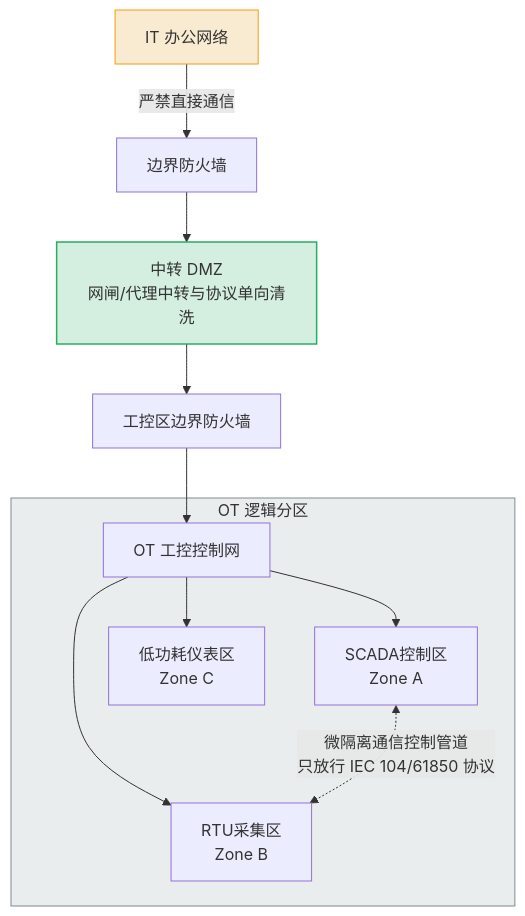
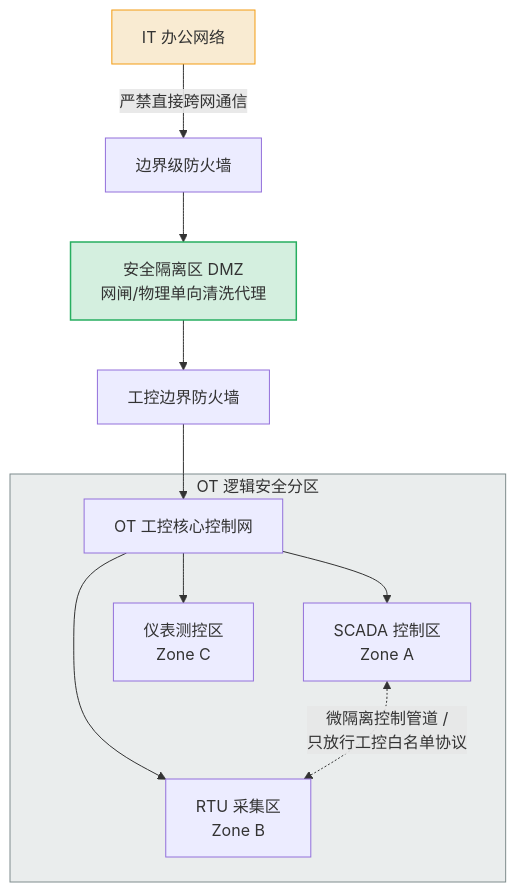
The second of 3 diagrams in 05_正式资料原文/02_AI提取与汇编/02_DarkSide勒索软件_防止业务中断最佳实践_深度精读.md (Bo331/power-data-breach-literature), drawn with Mermaid before and after one commit. The commit also changed other lines of this file and 1 other file, not shown here.

Commit message:
style: optimize layout to balance diagram sizes and prevent shrinking/stretching

````diff
--- a/05_正式资料原文/02_AI提取与汇编/02_DarkSide勒索软件_防止业务中断最佳实践_深度精读.md
+++ b/05_正式资料原文/02_AI提取与汇编/02_DarkSide勒索软件_防止业务中断最佳实践_深度精读.md
@@ -51,19 +52,19 @@
 ```mermaid
-graph TD
-    IT[IT 办公网络] -->|严禁直接通信| FW1[边界防火墙]
-    FW1 --> DMZ[中转 DMZ\n网闸/代理中转与协议单向清洗]
-    DMZ --> FW2[工控区边界防火墙]
-    FW2 --> OT[OT 工控控制网]
+flowchart TD
+    IT[" IT 办公网络 "] -->|严禁直接跨网通信| FW1[" 边界级防火墙 "]
+    FW1 --> DMZ[" 安全隔离区 DMZ <br/> 网闸/物理单向清洗代理 "]
+    DMZ --> FW2[" 工控边界防火墙 "]
+    FW2 --> OT[" OT 工控核心控制网 "]
     
-    subgraph OT_Logic_Zones [OT 逻辑分区]
-        OT --> Zone1[SCADA控制区\nZone A]
-        OT --> Zone2[RTU采集区\nZone B]
-        OT --> Zone3[低功耗仪表区\nZone C]
+    subgraph OT_Logic_Zones [" OT 逻辑安全分区 "]
+        OT --> Zone1[" SCADA 控制区 <br/> Zone A "]
+        OT --> Zone2[" RTU 采集区 <br/> Zone B "]
+        OT --> Zone3[" 仪表测控区 <br/> Zone C "]
         
-        Zone1 <-.->|微隔离通信控制管道\n只放行 IEC 104/61850 协议| Zone2
+        Zone1 <-.->|微隔离控制管道 /<br/> 只放行工控白名单协议| Zone2
     end
 
     style IT fill:#f9ebd2,stroke:#f39c12,stroke-width:1px
     style OT_Logic_Zones fill:#eaeded,stroke:#7f8c8d,stroke-width:1px
     style DMZ fill:#d4efdf,stroke:#27ae60,stroke-width:1.5px
 ```
````
